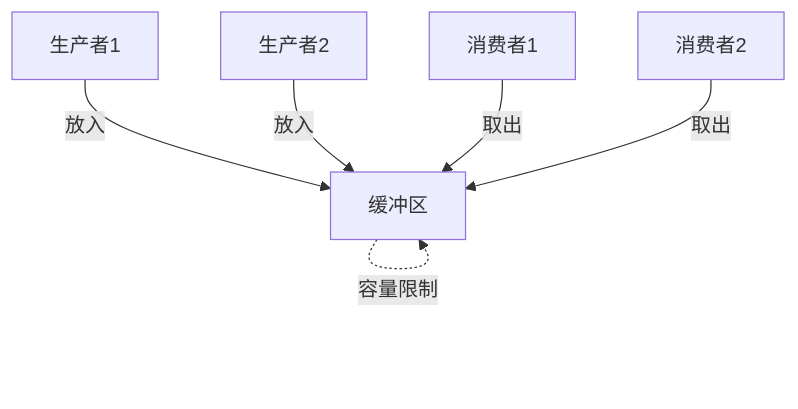
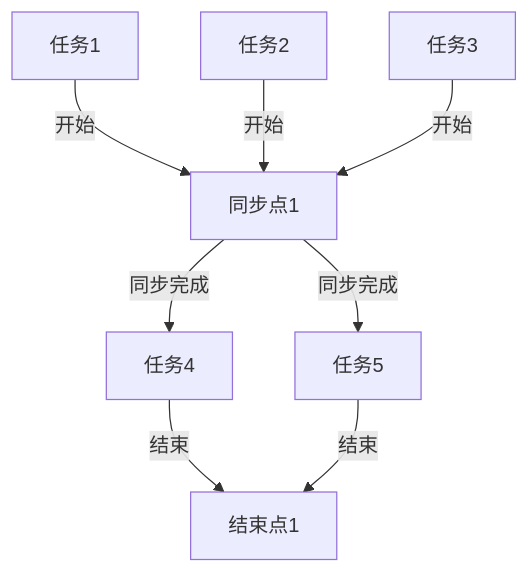
One commit to AdaMartin18010/Lean changed the tenth of 18 diagrams in analysis/1-形式化理论/1.4-Petri网与分布式系统/1.4.6-图表与多表征.md. Above: the diagram before and after it, drawn with Mermaid. The commit also changed other lines of this file and 24 other files, not shown here.

````diff
--- a/analysis/1-形式化理论/1.4-Petri网与分布式系统/1.4.6-图表与多表征.md
+++ b/analysis/1-形式化理论/1.4-Petri网与分布式系统/1.4.6-图表与多表征.md
@@ -110,9 +486,12 @@
 ```mermaid
 graph TD
-  P1[生产者1] -->|放入| B[缓冲区]
-  P2[生产者2] -->|放入| B
-  C1[消费者1] -->|取出| B
-  C2[消费者2] -->|取出| B
+  T1[任务1] -->|开始| S1[同步点1]
+  T2[任务2] -->|开始| S1
+  T3[任务3] -->|开始| S1
   
-  B -.->|容量限制| B
+  S1 -->|同步完成| T4[任务4]
+  S1 -->|同步完成| T5[任务5]
+  
+  T4 -->|结束| E1[结束点1]
+  T5 -->|结束| E1
 ```
````
